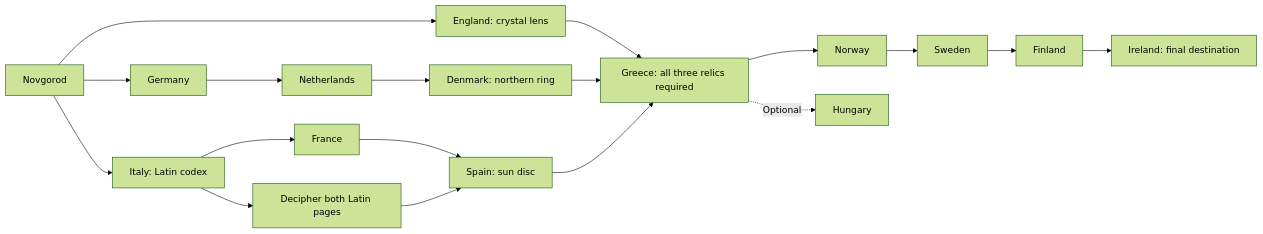
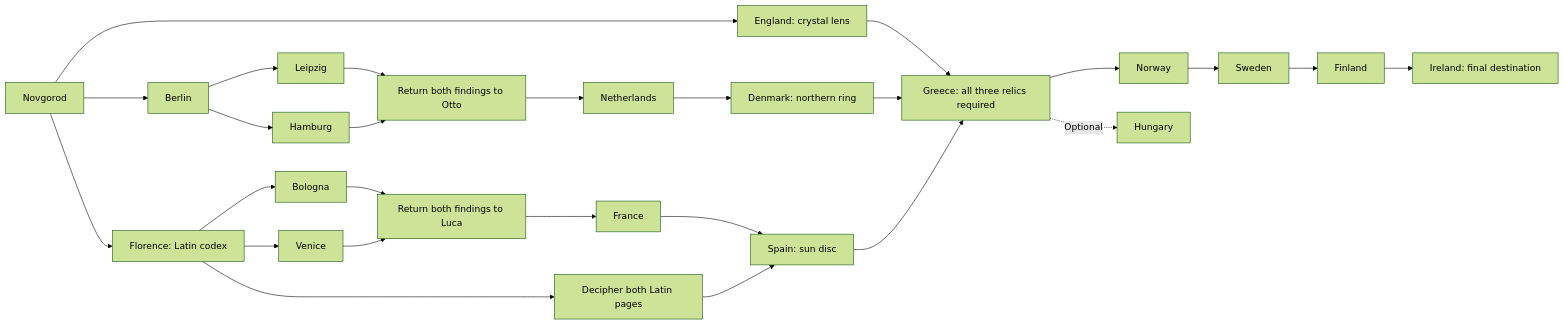
One commit to mykkro/ninth-meridian changed the diagram in README.md. Above: the diagram before and after it, drawn with Mermaid (forest theme). The commit also changed other lines of this file and 85 other files, not shown here.

````diff
--- a/README.md
+++ b/README.md
@@ -26,14 +36,24 @@
 ```mermaid
 flowchart LR
     N[Novgorod] --> E[England: crystal lens]
-    N --> D[Germany] --> H[Netherlands] --> K[Denmark: northern ring]
-    N --> I[Italy: Latin codex] --> F[France]
+    N --> D[Berlin]
+    D --> LP[Leipzig]
+    D --> HB[Hamburg]
+    LP --> DR[Return both findings to Otto]
+    HB --> DR
+    DR --> H[Netherlands] --> K[Denmark: northern ring]
+    N --> I[Florence: Latin codex]
+    I --> BO[Bologna]
+    I --> VE[Venice]
+    BO --> IT[Return both findings to Luca]
+    VE --> IT
+    IT --> F[France]
     I --> L[Decipher both Latin pages]
     F --> S[Spain: sun disc]
     L --> S
     E --> G[Greece: all three relics required]
     K --> G
     S --> G
     G --> O[Norway] --> W[Sweden] --> F2[Finland] --> IR[Ireland: final destination]
     G -. Optional .-> H2[Hungary]
 ```
````
